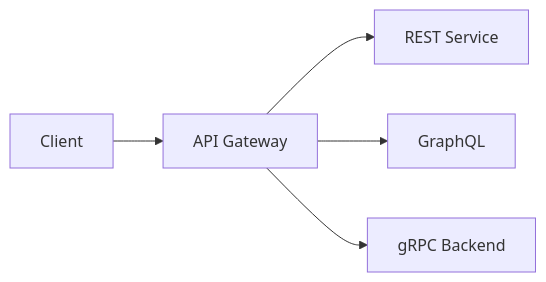
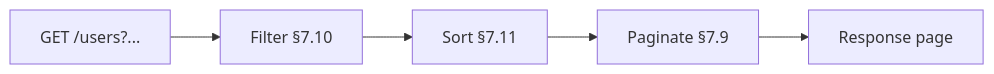
Before and after one commit to hareramcse/SystemDesign: the second of 33 diagrams in 07-api-design/README.md, drawn with Mermaid. The commit also changed other lines of this file, not shown here.

````diff
--- a/07-api-design/README.md
+++ b/07-api-design/README.md
@@ -49,7 +63,7 @@
 ```mermaid
 flowchart LR
-    Client --> GW[API Gateway]
-    GW --> REST[REST Service]
-    GW --> GQL[GraphQL]
-    GW --> GRPC[gRPC Backend]
+    REQ[GET /users?...] --> F[Filter §7.10]
+    F --> S[Sort §7.11]
+    S --> P[Paginate §7.9]
+    P --> RES[Response page]
 ```
````
